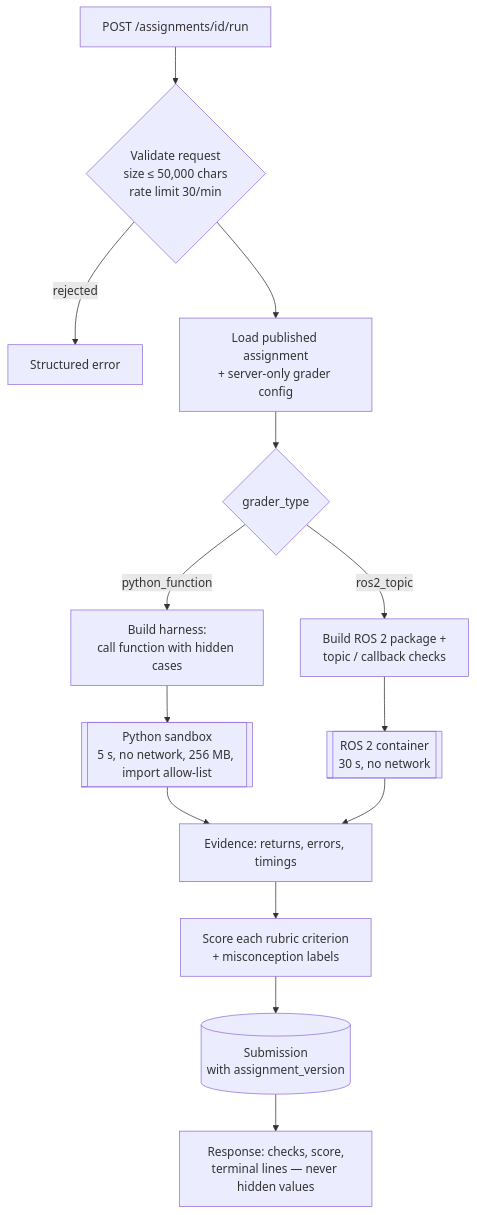
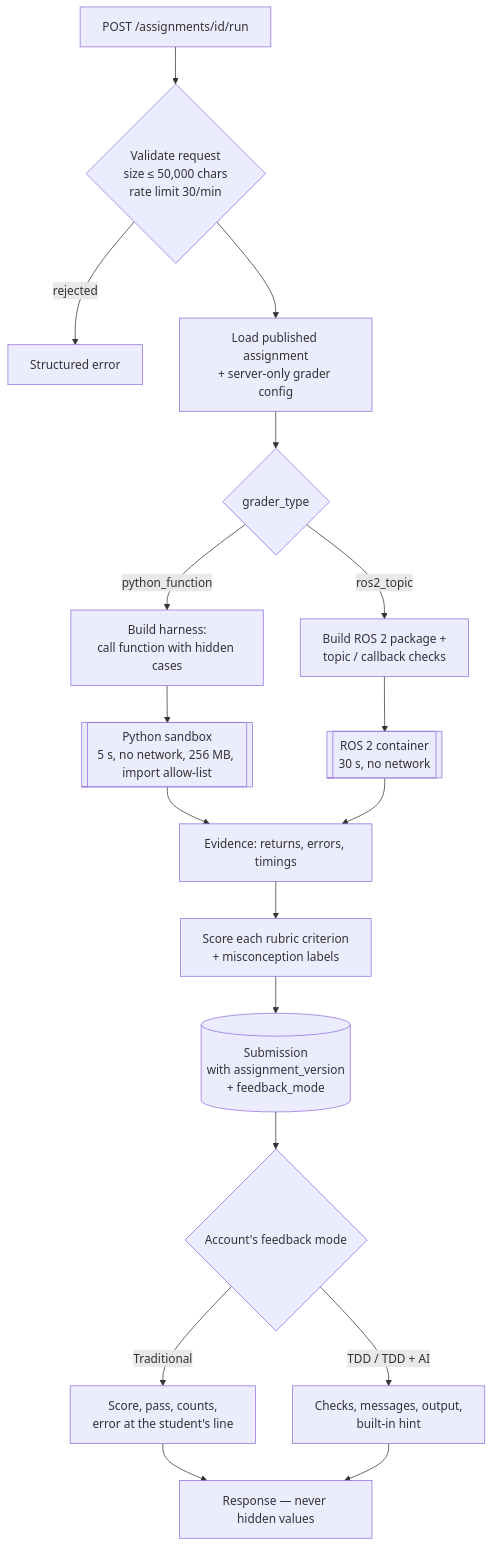
The second of 2 diagrams in docs/system-architecture/TRD.md (CS-Ponkoj/Robotics-Programming-Lab-Live), drawn with Mermaid before and after one commit. The commit also changed other lines of this file and 6 other files, not shown here.

````diff
--- a/docs/system-architecture/TRD.md
+++ b/docs/system-architecture/TRD.md
@@ -75,16 +79,20 @@
 ```mermaid
 flowchart TD
     REQ[POST /assignments/id/run] --> V{Validate request<br/>size ≤ 50,000 chars<br/>rate limit 30/min}
     V -- rejected --> E1[Structured error]
     V --> LOAD[Load published assignment<br/>+ server-only grader config]
     LOAD --> PICK{grader_type}
     PICK -->|python_function| PF[Build harness:<br/>call function with hidden cases]
     PICK -->|ros2_topic| RT[Build ROS 2 package +<br/>topic / callback checks]
     PF --> SBX[[Python sandbox<br/>5 s, no network, 256 MB, import allow-list]]
     RT --> RBX[[ROS 2 container<br/>30 s, no network]]
     SBX --> EV[Evidence: returns, errors, timings]
     RBX --> EV
     EV --> SCORE[Score each rubric criterion<br/>+ misconception labels]
-    SCORE --> SAVE[(Submission<br/>with assignment_version)]
-    SAVE --> RESP[Response: checks, score,<br/>terminal lines — never hidden values]
+    SCORE --> SAVE[(Submission<br/>with assignment_version<br/>+ feedback_mode)]
+    SAVE --> MODE{Account's feedback mode}
+    MODE -->|Traditional| RT1[Score, pass, counts,<br/>error at the student's line]
+    MODE -->|TDD / TDD + AI| RT2[Checks, messages, output,<br/>built-in hint]
+    RT1 --> RESP[Response — never hidden values]
+    RT2 --> RESP
 ```
````
